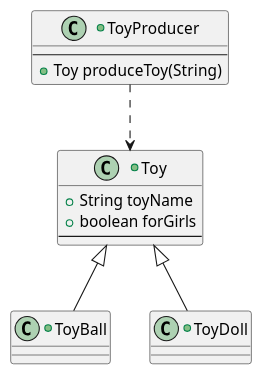
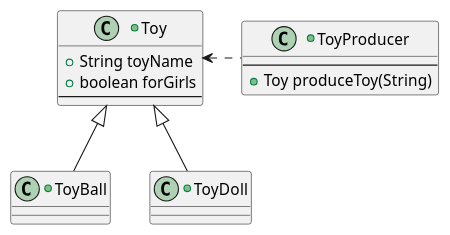
The diagram in src/factories/_initialCase/uml/Factories_initialCase.puml (vitalispopoff/designPatterns), drawn with PlantUML before and after one commit. The commit also changed 3 other files, not shown here.

```diff
--- a/src/factories/_initialCase/uml/Factories_initialCase.puml
+++ b/src/factories/_initialCase/uml/Factories_initialCase.puml
@@ -1,22 +1,22 @@
 @startuml
 
 +class ToyProducer{
     --
         +{method} Toy produceToy(String)
 }
 
 +class Toy{
         +{field} String toyName
         +{field} boolean forGirls
     --
 }
 
 +class ToyBall extends Toy{
 }
 
 +class ToyDoll extends Toy{
 }
 
-ToyProducer ..> Toy
+ToyProducer .left.> Toy
 
 @enduml
```
